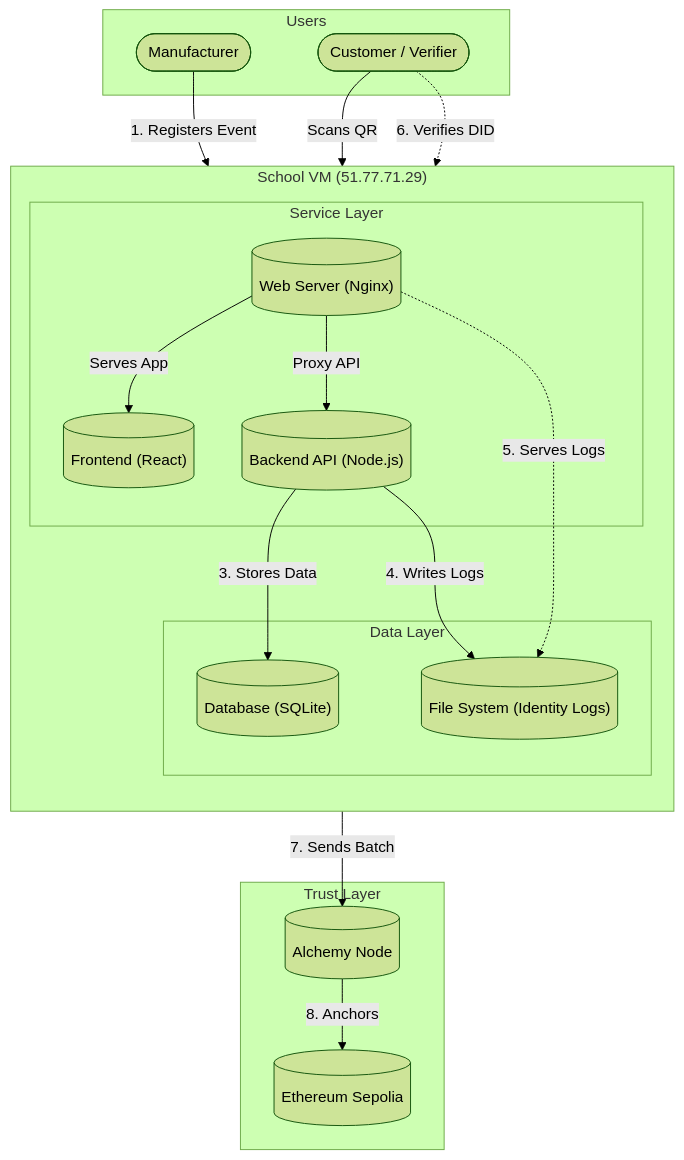
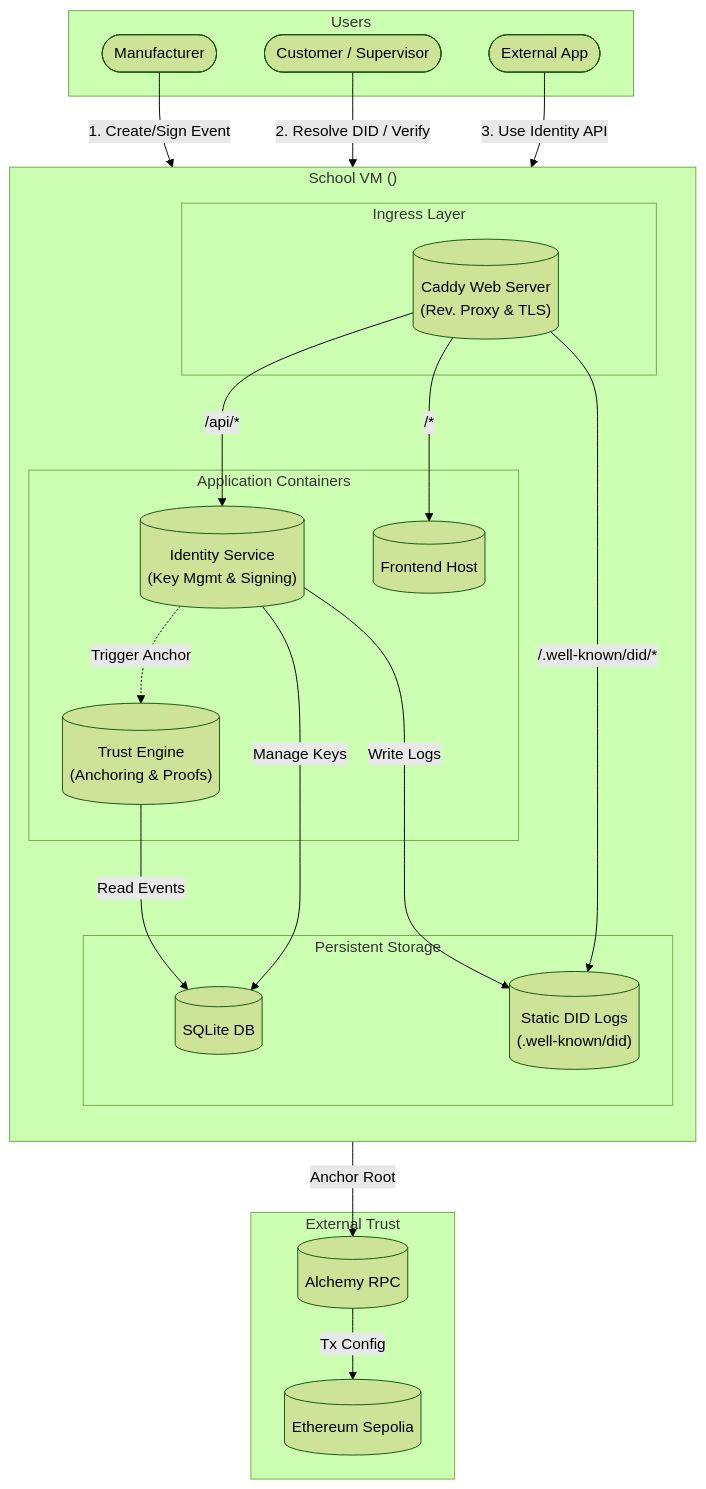
Before and after one commit to Thijmeeee/Enabling-trust-with-DLT-technologies: the first of 3 diagrams in production/PRODUCTION_PLAN.md, drawn with Mermaid (forest theme). The commit also changed other lines of this file and 1 other file, not shown here.

````diff
--- a/production/PRODUCTION_PLAN.md
+++ b/production/PRODUCTION_PLAN.md
@@ -29,47 +32,52 @@
 ```mermaid
 graph TD
     %% --- User Layer ---
     subgraph Users ["Users"]
         Manufacturer([Manufacturer])
-        Verifier([Customer / Verifier])
+        Verifier([Customer / Supervisor])
+        ExtApp([External App])
     end
 
-    %% --- School Infrastructure (Single VM) ---
-    subgraph VM ["School VM (51.77.71.29)"]
+    %% --- School VM (Docker Host) ---
+    subgraph VM ["School VM (<VM_IP>)"]
         direction TB
         
-        subgraph Services ["Service Layer"]
-            Nginx[("Web Server (Nginx)")]
-            ReactSPA[("Frontend (React)")]
-            NodeAPI[("Backend API (Node.js)")]
+        subgraph Proxy ["Ingress Layer"]
+            Caddy[("Caddy Web Server<br/>(Rev. Proxy & TLS)")]
         end
         
-        subgraph Data ["Data Layer"]
-            SQLite[("Database (SQLite)")]
-            Disk[("File System (Identity Logs)")]
+        subgraph Containers ["Application Containers"]
+            IdentityService[("Identity Service<br/>(Key Mgmt & Signing)")]
+            TrustEngine[("Trust Engine<br/>(Anchoring & Proofs)")]
+            Frontend[("Frontend Host")]
+        end
+        
+        subgraph Storage ["Persistent Storage"]
+            SQLite[("SQLite DB")]
+            Disk[("Static DID Logs<br/>(.well-known/did)")]
         end
     end
 
-    %% --- Trust Layer ---
-    subgraph Blockchain ["Trust Layer"]
-        Alchemy[("Alchemy Node")]
+    %% --- External ---
+    subgraph External ["External Trust"]
+        Alchemy[("Alchemy RPC")]
         Sepolia[("Ethereum Sepolia")]
     end
 
     %% --- Relations ---
-    Manufacturer -->|1. Registers Event| Nginx
-    Verifier -->|Scans QR| Nginx
+    Manufacturer -->|1. Create/Sign Event| Caddy
+    Verifier -->|2. Resolve DID / Verify| Caddy
+    ExtApp -->|3. Use Identity API| Caddy
 
-    Nginx -->|Serves App| ReactSPA
-    Nginx -->|Proxy API| NodeAPI
+    Caddy -->|/api/*| IdentityService
+    Caddy -->|/.well-known/did/*| Disk
+    Caddy -->|/*| Frontend
+
+    IdentityService -->|Manage Keys| SQLite
+    IdentityService -->|Write Logs| Disk
     
-    NodeAPI -->|3. Stores Data| SQLite
-    NodeAPI -->|4. Writes Logs| Disk
-    
-    Nginx -.->|5. Serves Logs| Disk
-    
-    Verifier -.->|6. Verifies DID| Nginx
-
-    NodeAPI -->|7. Sends Batch| Alchemy
-    Alchemy -->|8. Anchors| Sepolia
+    IdentityService -.->|Trigger Anchor| TrustEngine
+    TrustEngine -->|Read Events| SQLite
+    TrustEngine -->|Anchor Root| Alchemy
+    Alchemy -->|Tx Config| Sepolia
 ```
````
